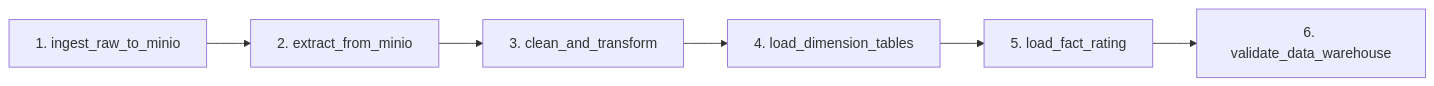
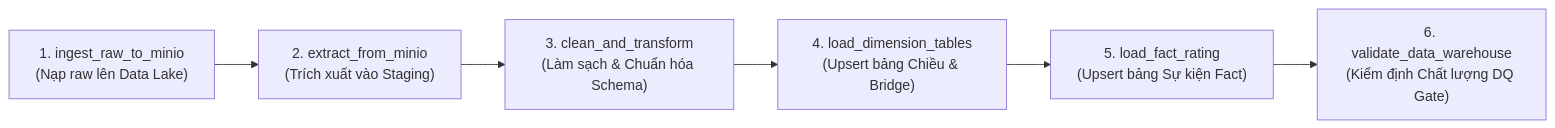
The third of 3 diagrams in README.md (Aizen2510/DATTA_CUOIKI), drawn with Mermaid before and after one commit. The commit also changed other lines of this file and 1 other file, not shown here.

Commit message:
docs: remove redundant evaluation report and integrate comprehensive report & architecture diagram into README

````diff
--- a/README.md
+++ b/README.md
@@ -171,8 +203,8 @@
 ```mermaid
 graph LR
-    A[1. ingest_raw_to_minio] --> B[2. extract_from_minio]
-    B --> C[3. clean_and_transform]
-    C --> D[4. load_dimension_tables]
-    D --> E[5. load_fact_rating]
-    E --> F[6. validate_data_warehouse]
+    A["1. ingest_raw_to_minio<br/>(Nạp raw lên Data Lake)"] --> B["2. extract_from_minio<br/>(Trích xuất vào Staging)"]
+    B --> C["3. clean_and_transform<br/>(Làm sạch & Chuẩn hóa Schema)"]
+    C --> D["4. load_dimension_tables<br/>(Upsert bảng Chiều & Bridge)"]
+    D --> E["5. load_fact_rating<br/>(Upsert bảng Sự kiện Fact)"]
+    E --> F["6. validate_data_warehouse<br/>(Kiểm định Chất lượng DQ Gate)"]
 ```
````
